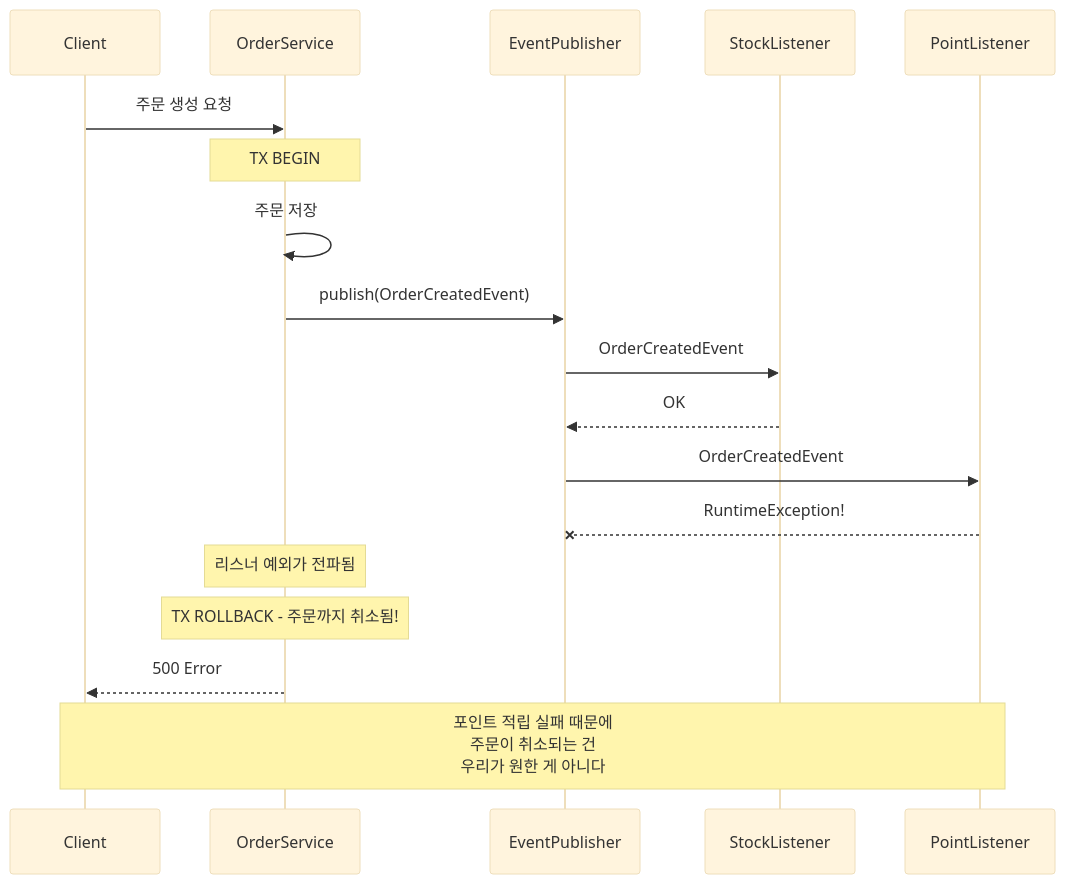
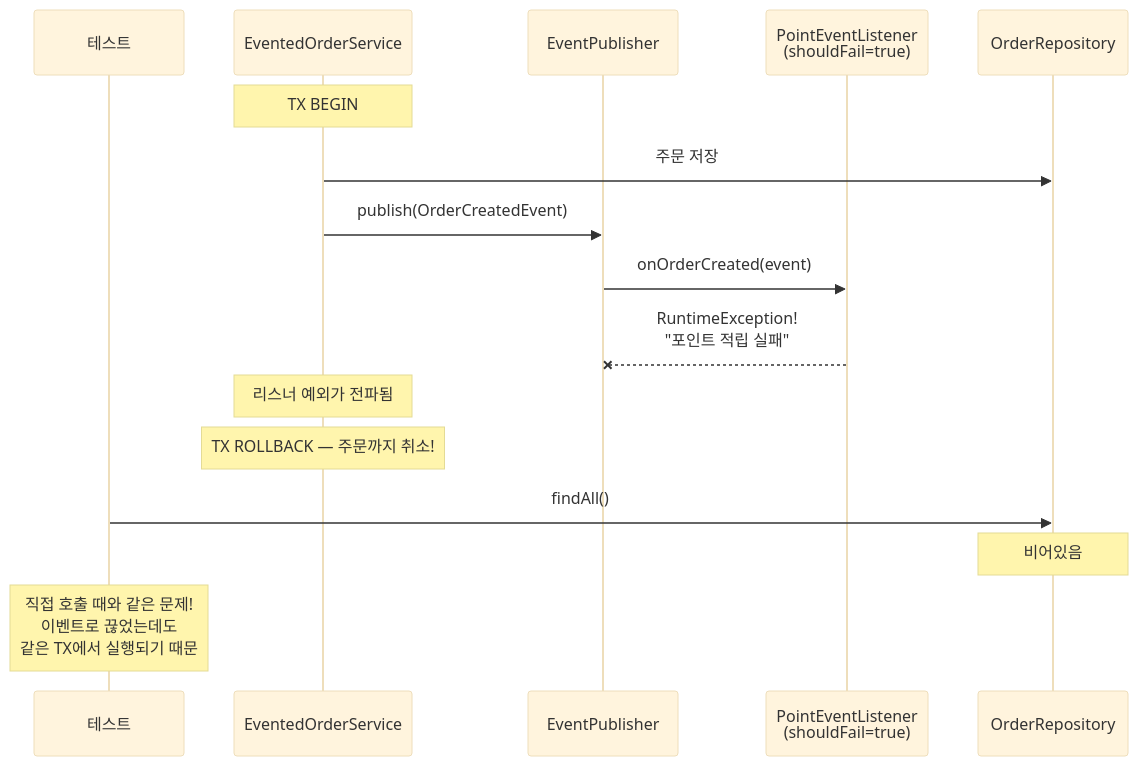
The seventh of 8 diagrams in src/test/java/com/example/messaging/step1_application_event/README.md (katiekim17/messaging-lab), drawn with Mermaid (base theme) before and after one commit. The commit also changed other lines of this file and 6 other files, not shown here.

````diff
--- a/src/test/java/com/example/messaging/step1_application_event/README.md
+++ b/src/test/java/com/example/messaging/step1_application_event/README.md
@@ -76,27 +133,22 @@
 ```mermaid
 sequenceDiagram
-    participant Client
-    participant OrderService
-    participant EventPublisher
-    participant StockListener
-    participant PointListener
+    participant Test as 테스트
+    participant OS as EventedOrderService
+    participant EP as EventPublisher
+    participant PL as PointEventListener<br/>(shouldFail=true)
+    participant DB as OrderRepository
 
-    Client->>OrderService: 주문 생성 요청
-    Note over OrderService: TX BEGIN
+    Note over OS: TX BEGIN
+    OS->>DB: 주문 저장
+    OS->>EP: publish(OrderCreatedEvent)
+    EP->>PL: onOrderCreated(event)
+    PL--xEP: RuntimeException!<br/>"포인트 적립 실패"
 
-    OrderService->>OrderService: 주문 저장
-    OrderService->>EventPublisher: publish(OrderCreatedEvent)
+    Note over OS: 리스너 예외가 전파됨
+    Note over OS: TX ROLLBACK — 주문까지 취소!
 
-    EventPublisher->>StockListener: OrderCreatedEvent
-    StockListener-->>EventPublisher: OK
+    Test->>DB: findAll()
+    Note over DB: 비어있음
 
-    EventPublisher->>PointListener: OrderCreatedEvent
-    PointListener--xEventPublisher: RuntimeException!
-
-    Note over OrderService: 리스너 예외가 전파됨
-    Note over OrderService: TX ROLLBACK - 주문까지 취소됨!
-
-    OrderService-->>Client: 500 Error
-
-    Note over Client,PointListener: 포인트 적립 실패 때문에<br/>주문이 취소되는 건<br/>우리가 원한 게 아니다
+    Note over Test: 직접 호출 때와 같은 문제!<br/>이벤트로 끊었는데도<br/>같은 TX에서 실행되기 때문
 ```
````
